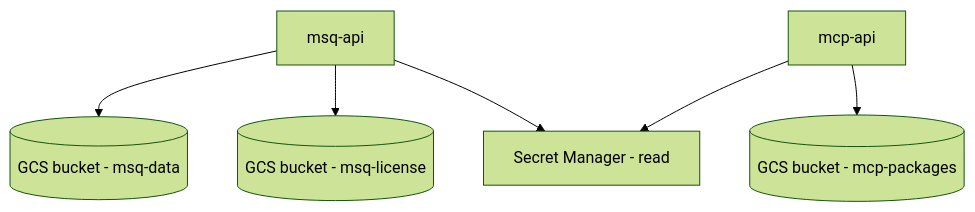
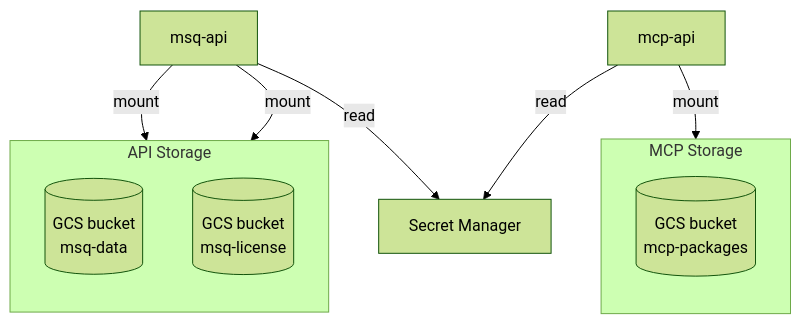
One commit to MissionSquad/missionsquad-docs changed the third of 8 diagrams in hosting/gcp/index.md. Above: the diagram before and after it, drawn with Mermaid (forest theme). The commit also changed other lines of this file, not shown here.

````diff
--- a/hosting/gcp/index.md
+++ b/hosting/gcp/index.md
@@ -153,8 +170,17 @@
 ```mermaid
 flowchart TB
-  MSQAPI[msq-api] --> GCSData[(GCS bucket - msq-data)]
-  MSQAPI --> GCSLicense[(GCS bucket - msq-license)]
-  MCPAPI[mcp-api] --> GCSPkgs[(GCS bucket - mcp-packages)]
-  MSQAPI --> Secrets[Secret Manager - read]
-  MCPAPI --> Secrets
+  subgraph API Storage
+  direction TB
+    GCSData[(GCS bucket<br/>msq-data)]
+    GCSLicense[(GCS bucket<br/>msq-license)]
+  end
+  subgraph MCP Storage
+  direction TB
+    GCSPkgs[(GCS bucket<br/>mcp-packages)]
+  end
+  MSQAPI[msq-api] -->|mount| GCSData
+  MSQAPI -->|mount| GCSLicense
+  MCPAPI[mcp-api] -->|mount| GCSPkgs
+  MSQAPI -->|read| Secrets[Secret Manager]
+  MCPAPI -->|read| Secrets
 ```
````
